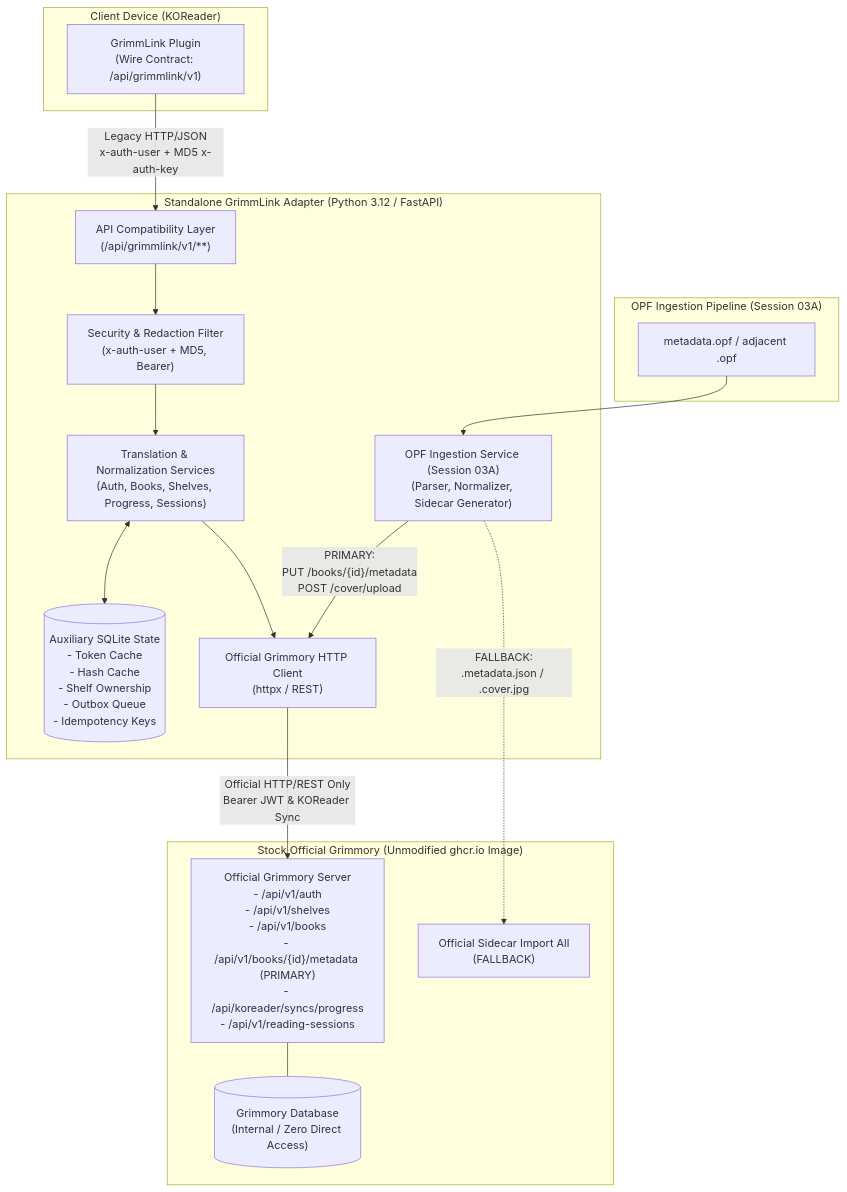
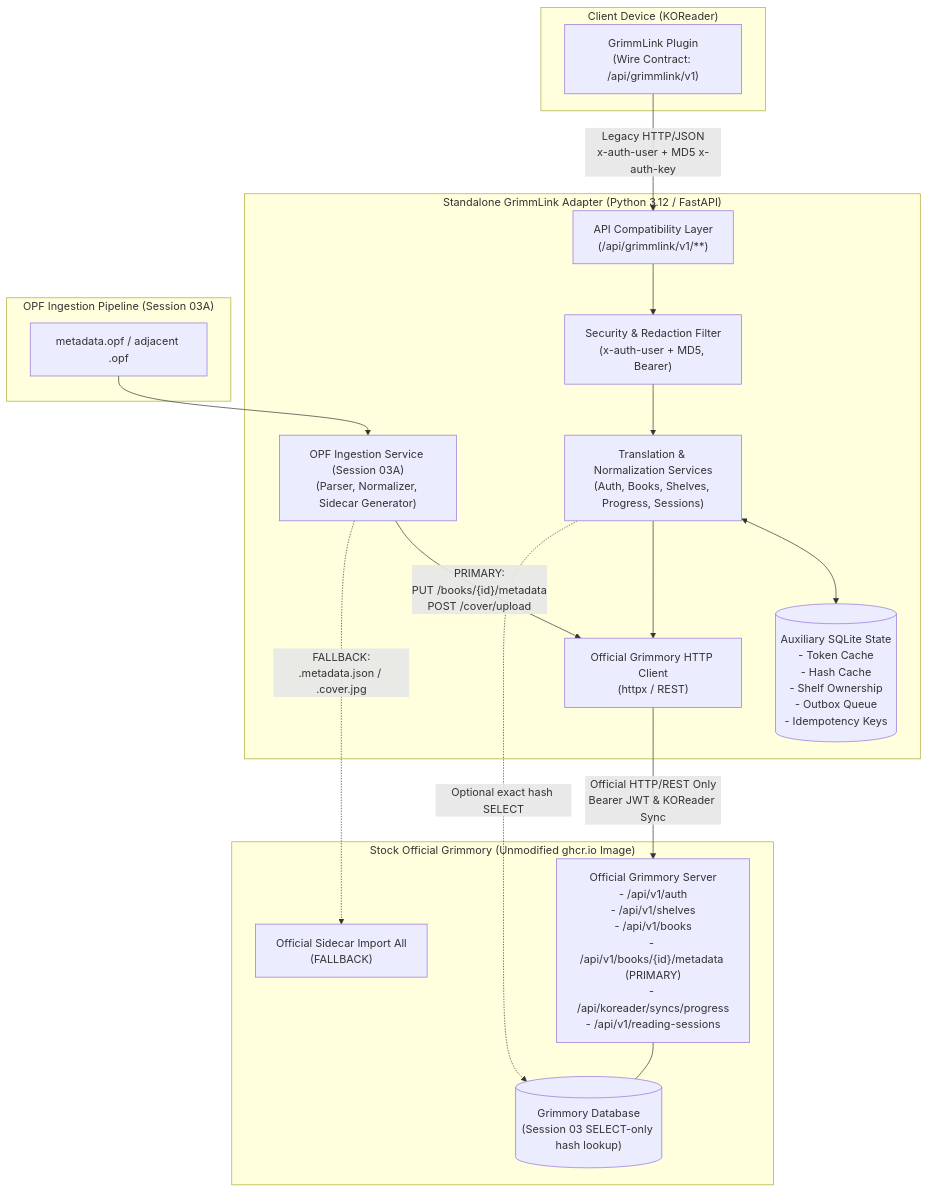
One commit to 0xstillb/grimmlink-adapter changed the diagram in docs/ARCHITECTURE.md. Above: the diagram before and after it, drawn with Mermaid. The commit also changed other lines of this file and 24 other files, not shown here.

Commit message:
feat(session03): resolve Grimmory book hashes with verified identity

````diff
--- a/docs/ARCHITECTURE.md
+++ b/docs/ARCHITECTURE.md
@@ -15,35 +15,36 @@
 ```mermaid
 flowchart TD
     subgraph Client ["Client Device (KOReader)"]
         KL["GrimmLink Plugin\n(Wire Contract: /api/grimmlink/v1)"]
     end
 
     subgraph Adapter ["Standalone GrimmLink Adapter (Python 3.12 / FastAPI)"]
         API["API Compatibility Layer\n(/api/grimmlink/v1/**)"]
         SEC["Security & Redaction Filter\n(x-auth-user + MD5, Bearer)"]
         SVC["Translation & Normalization Services\n(Auth, Books, Shelves, Progress, Sessions)"]
         OPFSVC["OPF Ingestion Service (Session 03A)\n(Parser, Normalizer, Sidecar Generator)"]
         SQLITE[("Auxiliary SQLite State\n- Token Cache\n- Hash Cache\n- Shelf Ownership\n- Outbox Queue\n- Idempotency Keys")]
         OFFCLIENT["Official Grimmory HTTP Client\n(httpx / REST)"]
     end
 
     subgraph Upstream ["Stock Official Grimmory (Unmodified ghcr.io Image)"]
         GRIMMORY["Official Grimmory Server\n- /api/v1/auth\n- /api/v1/shelves\n- /api/v1/books\n- /api/v1/books/{id}/metadata (PRIMARY)\n- /api/koreader/syncs/progress\n- /api/v1/reading-sessions"]
-        GDB[("Grimmory Database\n(Internal / Zero Direct Access)")]
+        GDB[("Grimmory Database\n(Session 03 SELECT-only hash lookup)")]
         SIDECAR_IMPORT["Official Sidecar Import All\n(FALLBACK)"]
     end
 
     subgraph OPFWorkflow ["OPF Ingestion Pipeline (Session 03A)"]
         OPF["metadata.opf / adjacent .opf"] --> OPFSVC
         OPFSVC -->|"PRIMARY:\nPUT /books/{id}/metadata\nPOST /cover/upload"| OFFCLIENT
         OPFSVC -.->|"FALLBACK:\n.metadata.json / .cover.jpg"| SIDECAR_IMPORT
     end
 
     KL -->|"Legacy HTTP/JSON\nx-auth-user + MD5 x-auth-key"| API
     API --> SEC
     SEC --> SVC
     SVC <--> SQLITE
     SVC --> OFFCLIENT
+    SVC -.->|"Optional exact hash SELECT"| GDB
     OFFCLIENT -->|"Official HTTP/REST Only\nBearer JWT & KOReader Sync"| GRIMMORY
     GRIMMORY --- GDB
 ```
````
